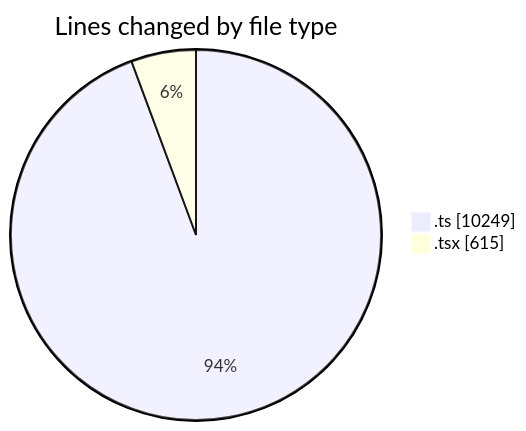
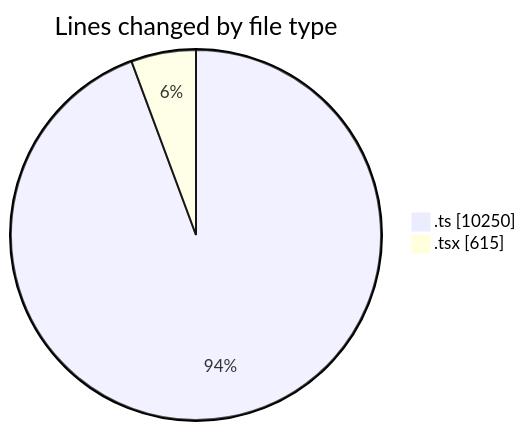
The first of 2 diagrams in 2025-06-23/cda/README.md (momahboobian/code-tracking), drawn with Mermaid before and after one commit. The commit also changed other lines of this file and 1 other file, not shown here.

````diff
--- a/2025-06-23/cda/README.md
+++ b/2025-06-23/cda/README.md
@@ -24,6 +24,6 @@
 ```mermaid
 pie showData
 title Lines changed by file type
-".ts" : 10249
+".ts" : 10250
 ".tsx" : 615
 ```
````
